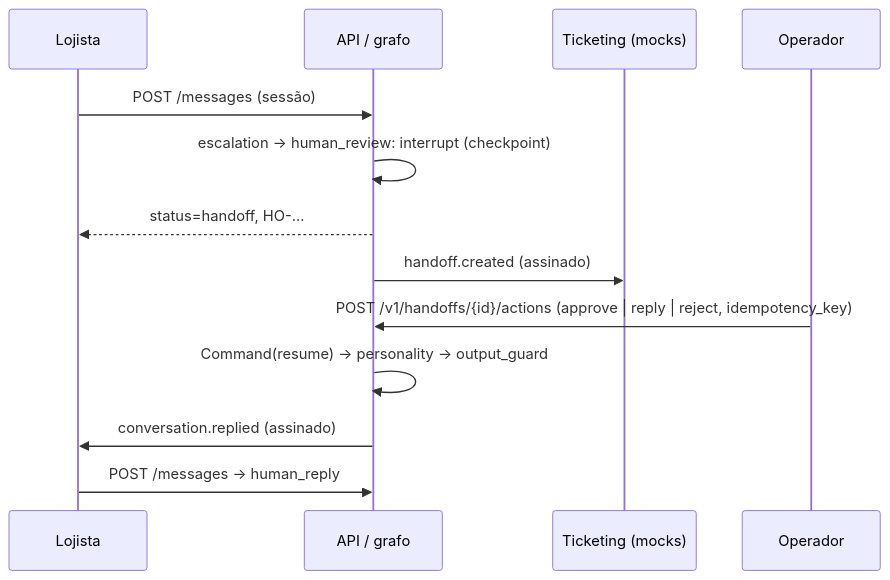
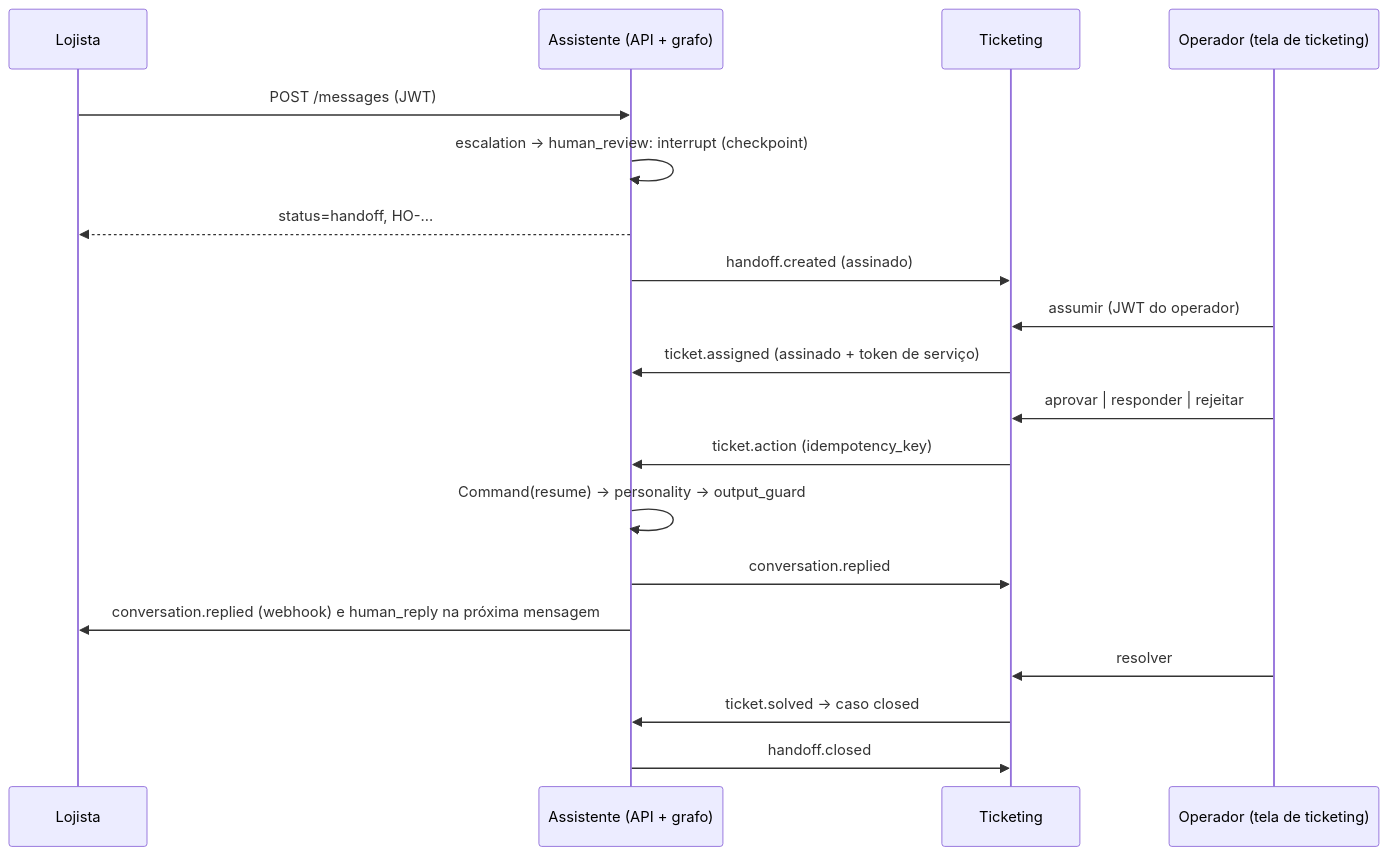
The diagram in docs/architecture/decisions/0018-interrupcao-retomada-webhooks.md (lauroPereira/ai-getnet-case), drawn with Mermaid before and after one commit. The commit also changed other lines of this file and 10 other files, not shown here.

First line of the commit message:
docs: switch v0.7.0 to JWT identity and a standalone ticketing service

````diff
--- a/docs/architecture/decisions/0018-interrupcao-retomada-webhooks.md
+++ b/docs/architecture/decisions/0018-interrupcao-retomada-webhooks.md
@@ -23,15 +24,21 @@
 ```mermaid
 sequenceDiagram
     participant L as Lojista
-    participant A as API / grafo
-    participant T as Ticketing (mocks)
-    participant O as Operador
-    L->>A: POST /messages (sessão)
+    participant A as Assistente (API + grafo)
+    participant T as Ticketing
+    participant O as Operador (tela de ticketing)
+    L->>A: POST /messages (JWT)
     A->>A: escalation → human_review: interrupt (checkpoint)
     A-->>L: status=handoff, HO-…
     A->>T: handoff.created (assinado)
-    O->>A: POST /v1/handoffs/{id}/actions (approve | reply | reject, idempotency_key)
+    O->>T: assumir (JWT do operador)
+    T->>A: ticket.assigned (assinado + token de serviço)
+    O->>T: aprovar | responder | rejeitar
+    T->>A: ticket.action (idempotency_key)
     A->>A: Command(resume) → personality → output_guard
-    A->>L: conversation.replied (assinado)
-    L->>A: POST /messages → human_reply
+    A->>T: conversation.replied
+    A->>L: conversation.replied (webhook) e human_reply na próxima mensagem
+    O->>T: resolver
+    T->>A: ticket.solved → caso closed
+    A->>T: handoff.closed
 ```
````
